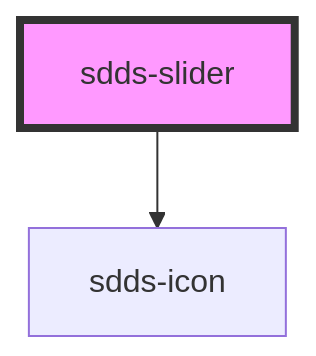
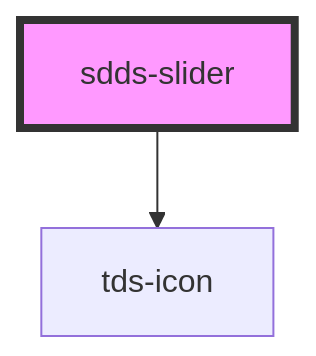
One commit to scania-digital-design-system/tegel changed the diagram in core/src/components/slider/readme.md. Above: the diagram before and after it, drawn with Mermaid. The commit also changed other lines of this file and 71 other files, not shown here.

````diff
--- a/core/src/components/slider/readme.md
+++ b/core/src/components/slider/readme.md
@@ -57,5 +57,5 @@
 ```mermaid
 graph TD;
-  sdds-slider --> sdds-icon
+  sdds-slider --> tds-icon
   style sdds-slider fill:#f9f,stroke:#333,stroke-width:4px
 ```
````
